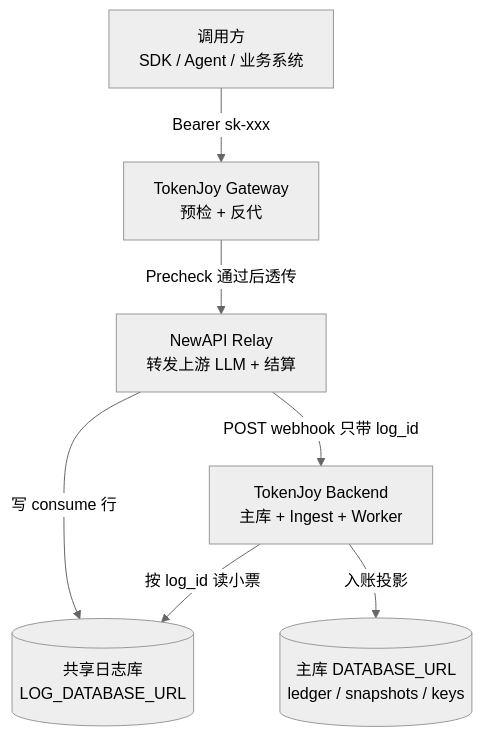
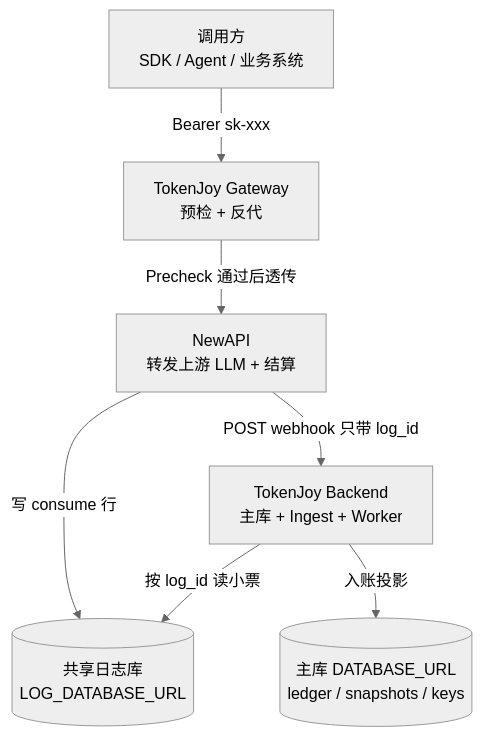
One commit to quyip8818/mytokenjoy changed the first of 8 diagrams in docs/Backend-Ingest架构.md. Above: the diagram before and after it, drawn with Mermaid (neutral theme). The commit also changed other lines of this file and 169 other files, not shown here.

````diff
--- a/docs/Backend-Ingest架构.md
+++ b/docs/Backend-Ingest架构.md
@@ -28,16 +28,16 @@
 ```mermaid
 flowchart TB
   Client[调用方<br/>SDK / Agent / 业务系统]
   GW[TokenJoy Gateway<br/>预检 + 反代]
-  NA[NewAPI Relay<br/>转发上游 LLM + 结算]
+  NA[NewAPI<br/>转发上游 LLM + 结算]
   Logs[(共享日志库<br/>LOG_DATABASE_URL)]
   BE[TokenJoy Backend<br/>主库 + Ingest + Worker]
   Main[(主库 DATABASE_URL<br/>ledger / snapshots / keys)]
 
   Client -->|Bearer sk-xxx| GW
   GW -->|Precheck 通过后透传| NA
   NA -->|写 consume 行| Logs
   NA -->|POST webhook 只带 log_id| BE
   BE -->|按 log_id 读小票| Logs
   BE -->|入账投影| Main
 ```
````
